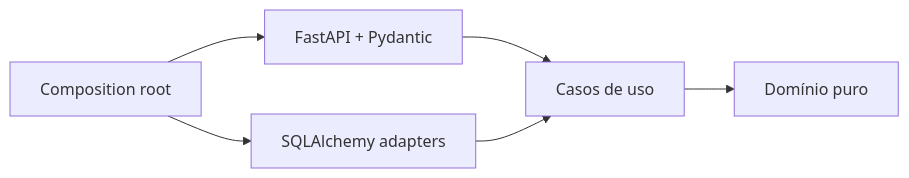
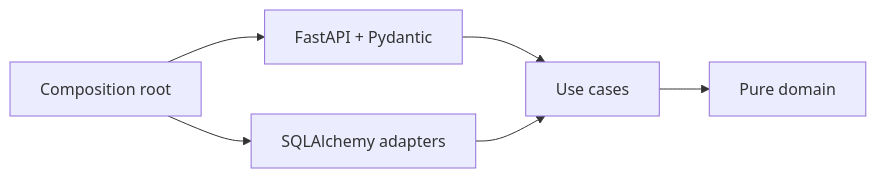
One commit to brunovicco/verifiable-ai-governance changed the second of 3 diagrams in docs/architecture/ARCHITECTURE.md. Above: the diagram before and after it, drawn with Mermaid. The commit also changed other lines of this file and 42 other files, not shown here.

````diff
--- a/docs/architecture/ARCHITECTURE.md
+++ b/docs/architecture/ARCHITECTURE.md
@@ -115,8 +118,8 @@
 ```mermaid
 flowchart LR
-  H["FastAPI + Pydantic"] --> U["Casos de uso"]
+  H["FastAPI + Pydantic"] --> U["Use cases"]
   S["SQLAlchemy adapters"] --> U
-  U --> D["Domínio puro"]
+  U --> D["Pure domain"]
   C["Composition root"] --> H
   C --> S
 ```
````
